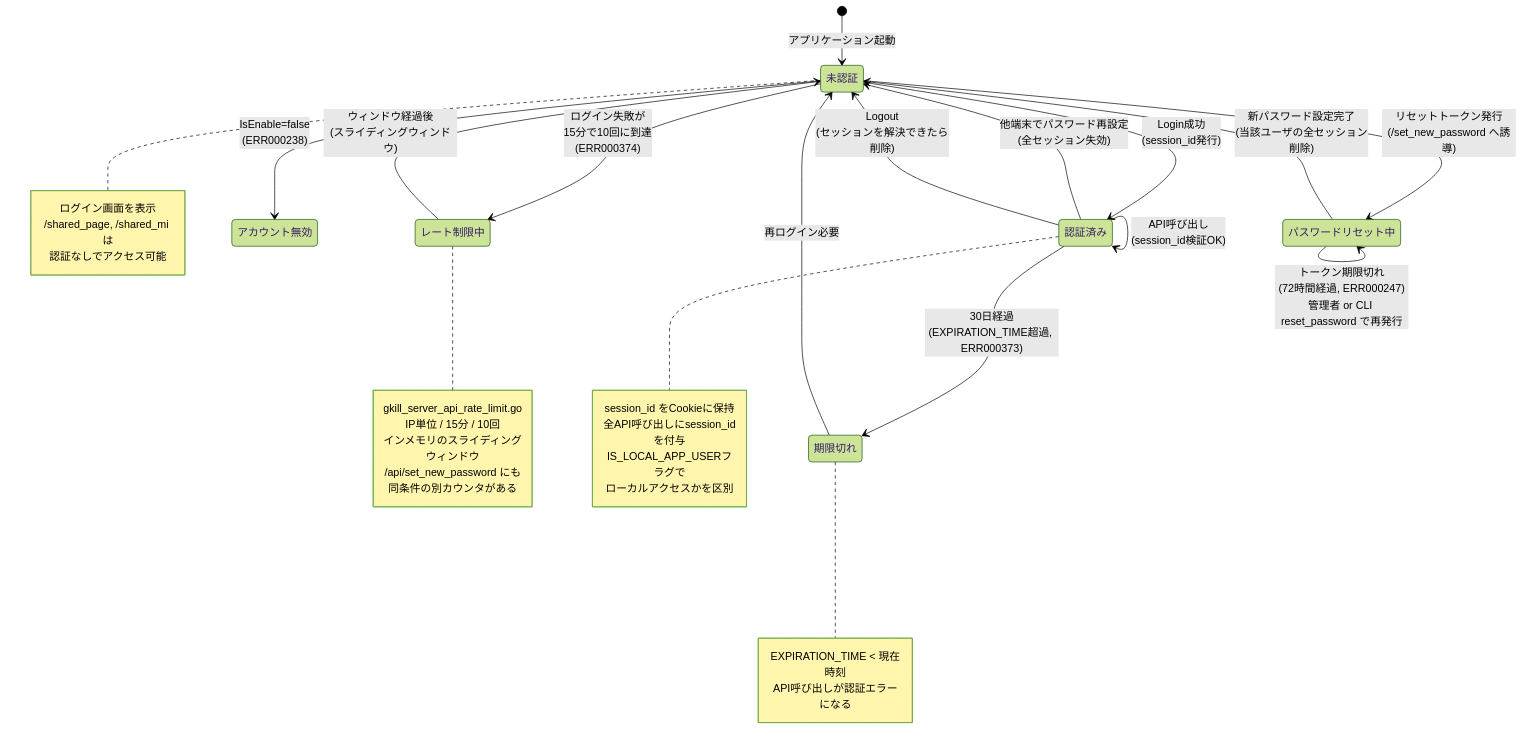
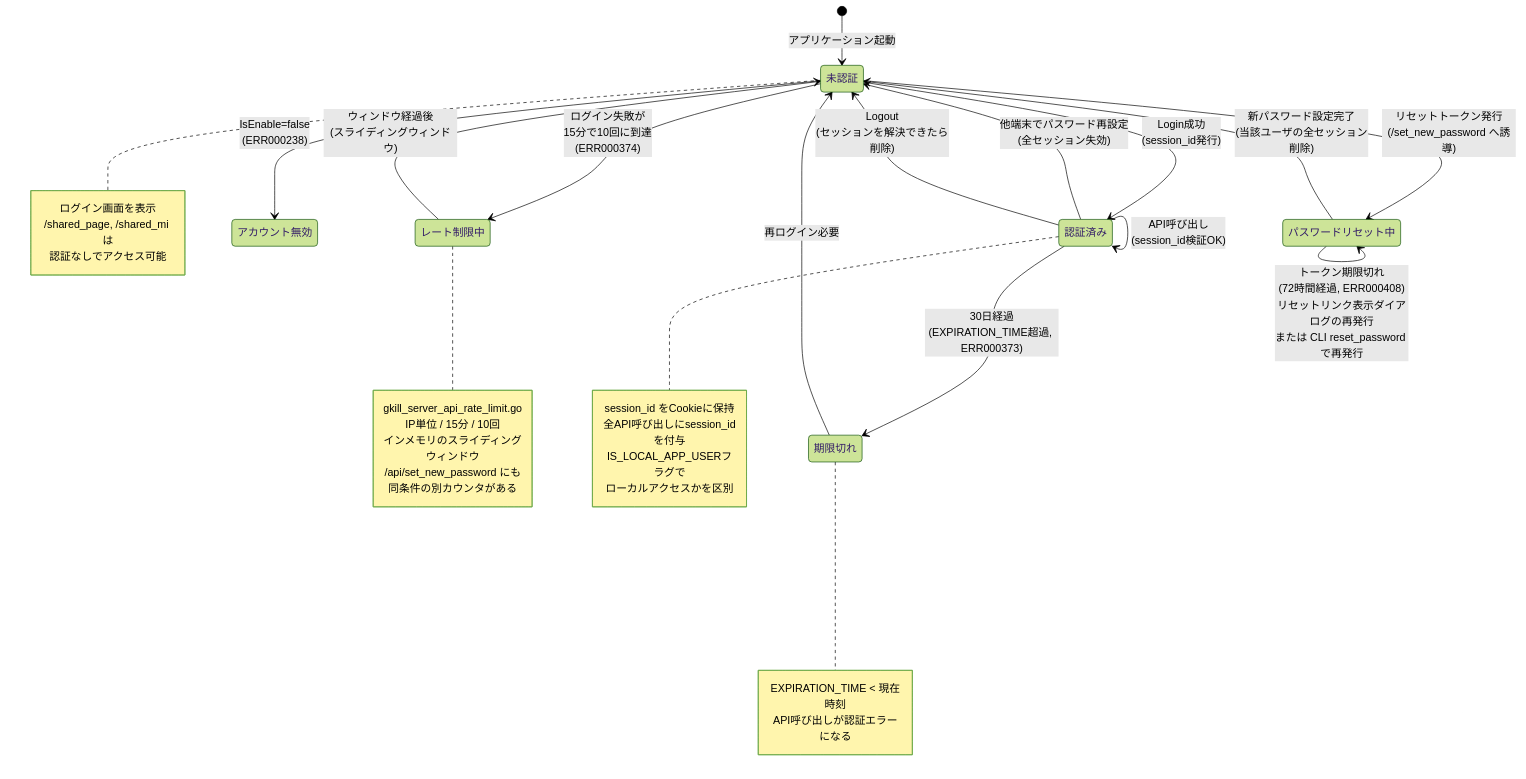
The third of 11 diagrams in documents/reverse/state-machines.md (mt3hr/gkill), drawn with Mermaid (forest theme) before and after one commit. The commit also changed 47 other files, not shown here.

````diff
--- a/documents/reverse/state-machines.md
+++ b/documents/reverse/state-machines.md
@@ -120,49 +120,49 @@
 ```mermaid
 stateDiagram-v2
     [*] --> 未認証: アプリケーション起動
 
     未認証 --> 認証済み: Login成功<br>(session_id発行)
     未認証 --> レート制限中: ログイン失敗が<br>15分で10回に到達<br>(ERR000374)
     レート制限中 --> 未認証: ウィンドウ経過後<br>(スライディングウィンドウ)
 
     未認証 --> アカウント無効: IsEnable=false<br>(ERR000238)
     未認証 --> パスワードリセット中: リセットトークン発行<br>(/set_new_password へ誘導)
     パスワードリセット中 --> 未認証: 新パスワード設定完了<br>(当該ユーザの全セッション削除)
-    パスワードリセット中 --> パスワードリセット中: トークン期限切れ<br>(72時間経過, ERR000247)<br>管理者 or CLI reset_password で再発行
+    パスワードリセット中 --> パスワードリセット中: トークン期限切れ<br>(72時間経過, ERR000408)<br>リセットリンク表示ダイアログの再発行<br>または CLI reset_password で再発行
 
     認証済み --> 未認証: 他端末でパスワード再設定<br>(全セッション失効)
 
     認証済み --> 未認証: Logout<br>(セッションを解決できたら削除)
 
     認証済み --> 期限切れ: 30日経過<br>(EXPIRATION_TIME超過, ERR000373)
 
     期限切れ --> 未認証: 再ログイン必要
 
     認証済み --> 認証済み: API呼び出し<br>(session_id検証OK)
 
     note right of レート制限中
         gkill_server_api_rate_limit.go
         IP単位 / 15分 / 10回
         インメモリのスライディングウィンドウ
         /api/set_new_password にも
         同条件の別カウンタがある
     end note
 
     note right of 未認証
         ログイン画面を表示
         /shared_page, /shared_mi は
         認証なしでアクセス可能
     end note
 
     note right of 認証済み
         session_id をCookieに保持
         全API呼び出しにsession_idを付与
         IS_LOCAL_APP_USERフラグで
         ローカルアクセスかを区別
     end note
 
     note right of 期限切れ
         EXPIRATION_TIME < 現在時刻
         API呼び出しが認証エラーになる
     end note
 ```
````
